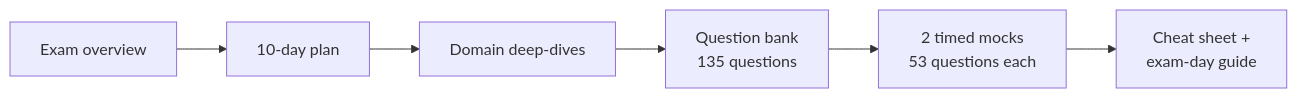
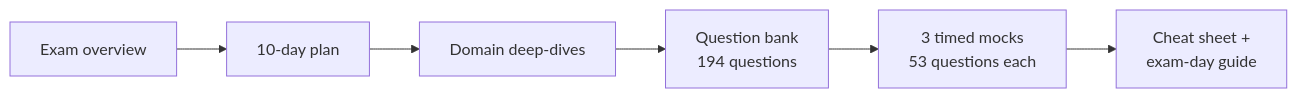
The diagram in docs/developer/index.md (pabhinaw/claude-certification-hub), drawn with Mermaid before and after one commit. The commit also changed other lines of this file and 31 other files, not shown here.

````diff
--- a/docs/developer/index.md
+++ b/docs/developer/index.md
@@ -10,8 +10,8 @@
 ```mermaid
 flowchart LR
     A[Exam overview] --> B[10-day plan]
     B --> C[Domain deep-dives]
-    C --> D[Question bank<br/>135 questions]
-    D --> E[2 timed mocks<br/>53 questions each]
+    C --> D[Question bank<br/>194 questions]
+    D --> E[3 timed mocks<br/>53 questions each]
     E --> F[Cheat sheet +<br/>exam-day guide]
 ```
````
